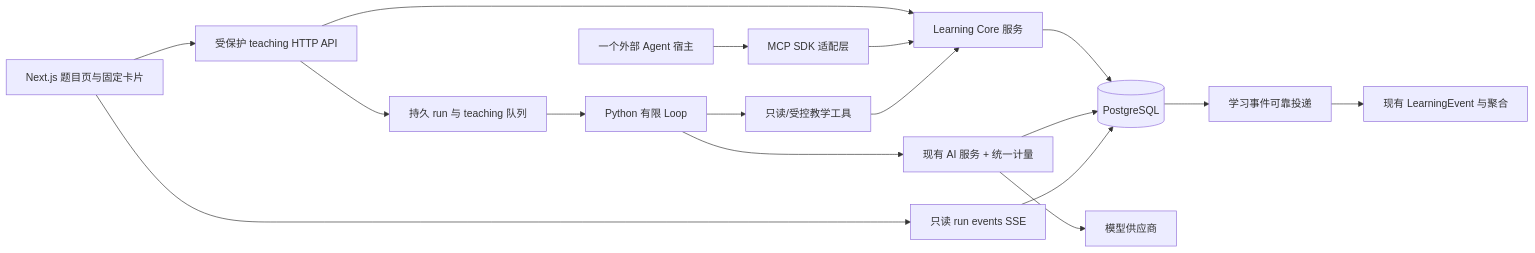
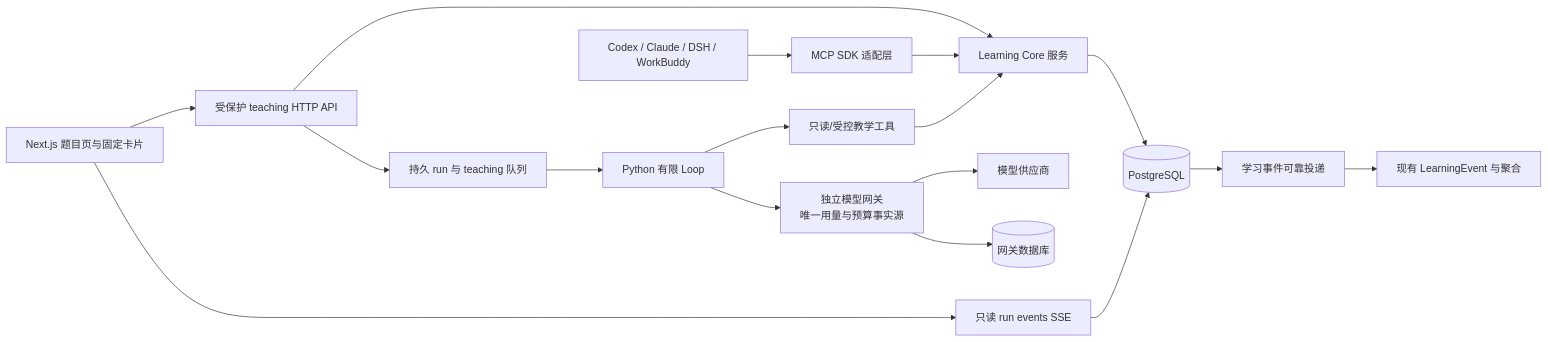
The diagram in docs/v2-technical-design-2026-10-31.md (CandideEgo/Speaking-), drawn with Mermaid before and after one commit. The commit also changed other lines of this file and 251 other files, not shown here.

````diff
--- a/docs/v2-technical-design-2026-10-31.md
+++ b/docs/v2-technical-design-2026-10-31.md
@@ -46,19 +55,19 @@
 ```mermaid
 flowchart LR
     W[Next.js 题目页与固定卡片] --> A[受保护 teaching HTTP API]
-    H[一个外部 Agent 宿主] --> M[MCP SDK 适配层]
+    H[Codex / Claude / DSH / WorkBuddy] --> M[MCP SDK 适配层]
     A --> C[Learning Core 服务]
     M --> C
     C --> P[(PostgreSQL)]
     A --> R[持久 run 与 teaching 队列]
     R --> L[Python 有限 Loop]
     L --> T[只读/受控教学工具]
     T --> C
-    L --> G[现有 AI 服务 + 统一计量]
+    L --> G[独立模型网关<br/>唯一用量与预算事实源]
     G --> U[模型供应商]
-    G --> P
+    G --> GD[(网关数据库)]
     P --> E[学习事件可靠投递]
     E --> F[现有 LearningEvent 与聚合]
     W --> S[只读 run events SSE]
     S --> P
 ```
````
